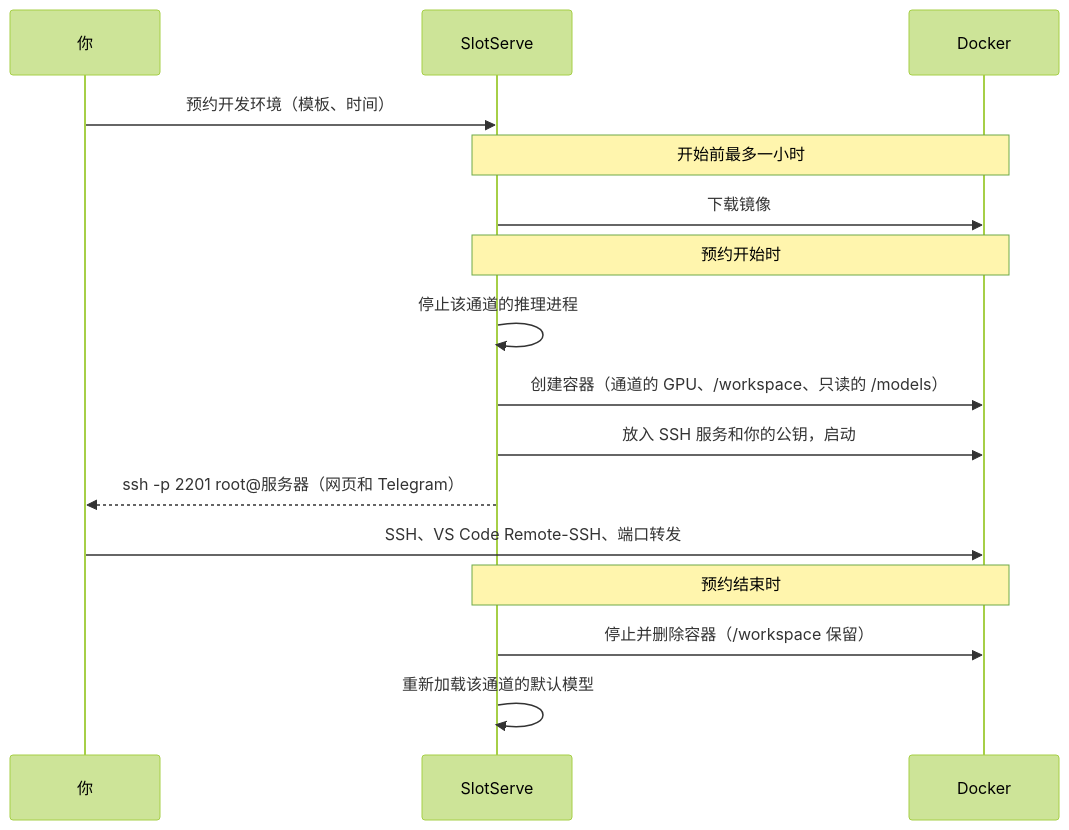
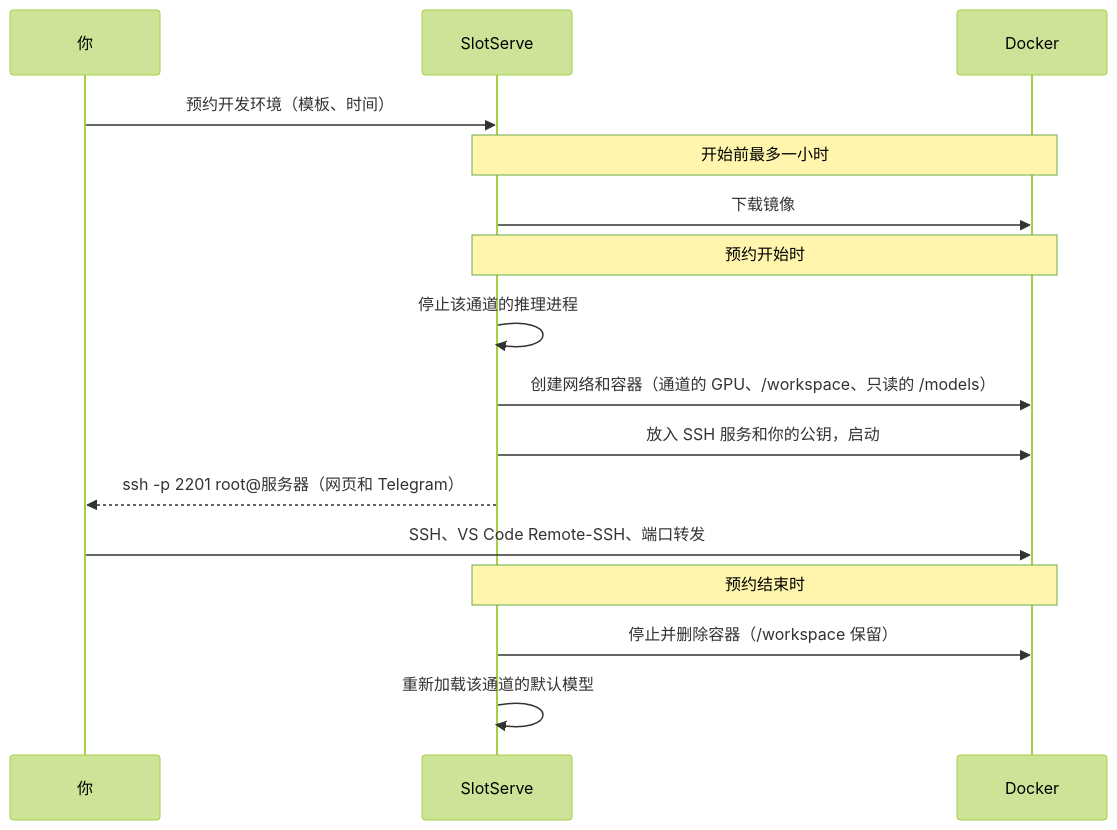
Before and after one commit to PelerYuan/slotserve: the first of 2 diagrams in docs/dev-environments.zh.md, drawn with Mermaid (forest theme). The commit also changed other lines of this file and 16 other files, not shown here.

````diff
--- a/docs/dev-environments.zh.md
+++ b/docs/dev-environments.zh.md
@@ -5,18 +5,18 @@
 ```mermaid
 sequenceDiagram
     participant U as 你
     participant S as SlotServe
     participant D as Docker
     U->>S: 预约开发环境（模板、时间）
     Note over S,D: 开始前最多一小时
     S->>D: 下载镜像
     Note over S,D: 预约开始时
     S->>S: 停止该通道的推理进程
-    S->>D: 创建容器（通道的 GPU、/workspace、只读的 /models）
+    S->>D: 创建网络和容器（通道的 GPU、/workspace、只读的 /models）
     S->>D: 放入 SSH 服务和你的公钥，启动
     S-->>U: ssh -p 2201 root@服务器（网页和 Telegram）
     U->>D: SSH、VS Code Remote-SSH、端口转发
     Note over S,D: 预约结束时
     S->>D: 停止并删除容器（/workspace 保留）
     S->>S: 重新加载该通道的默认模型
 ```
````
